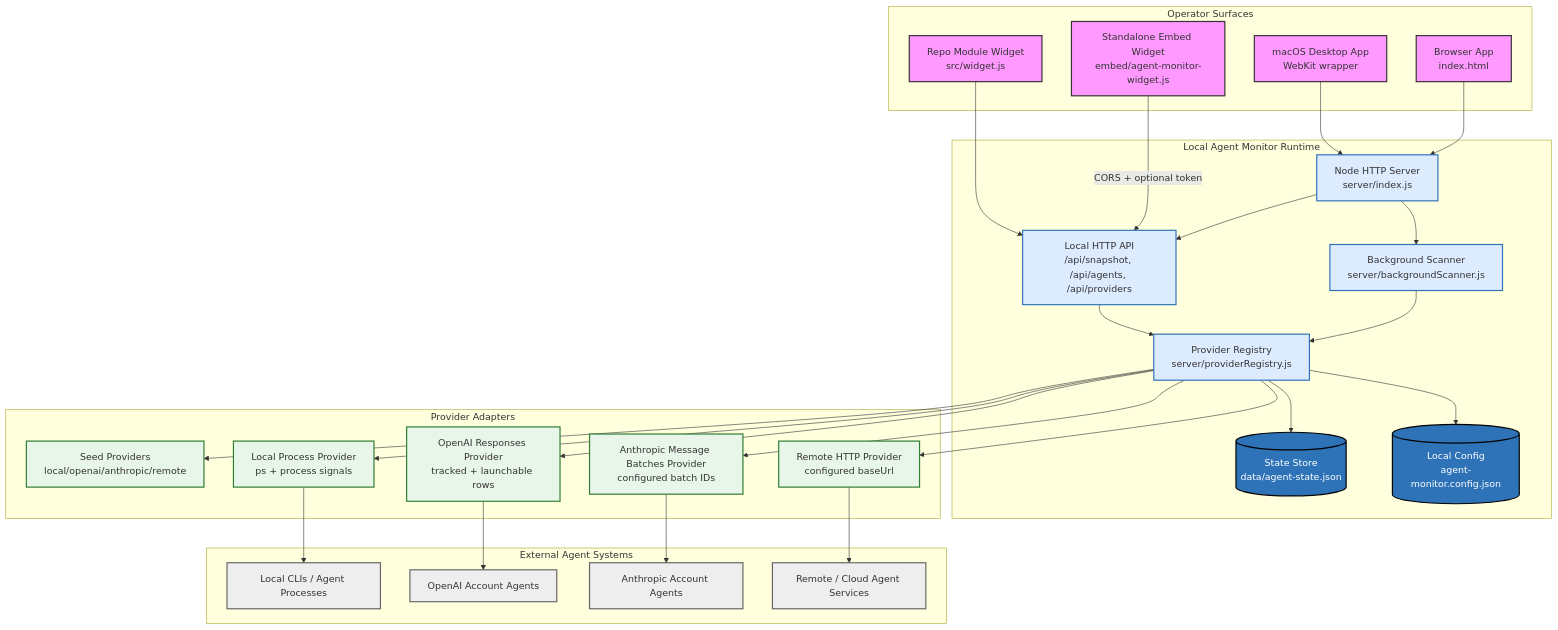
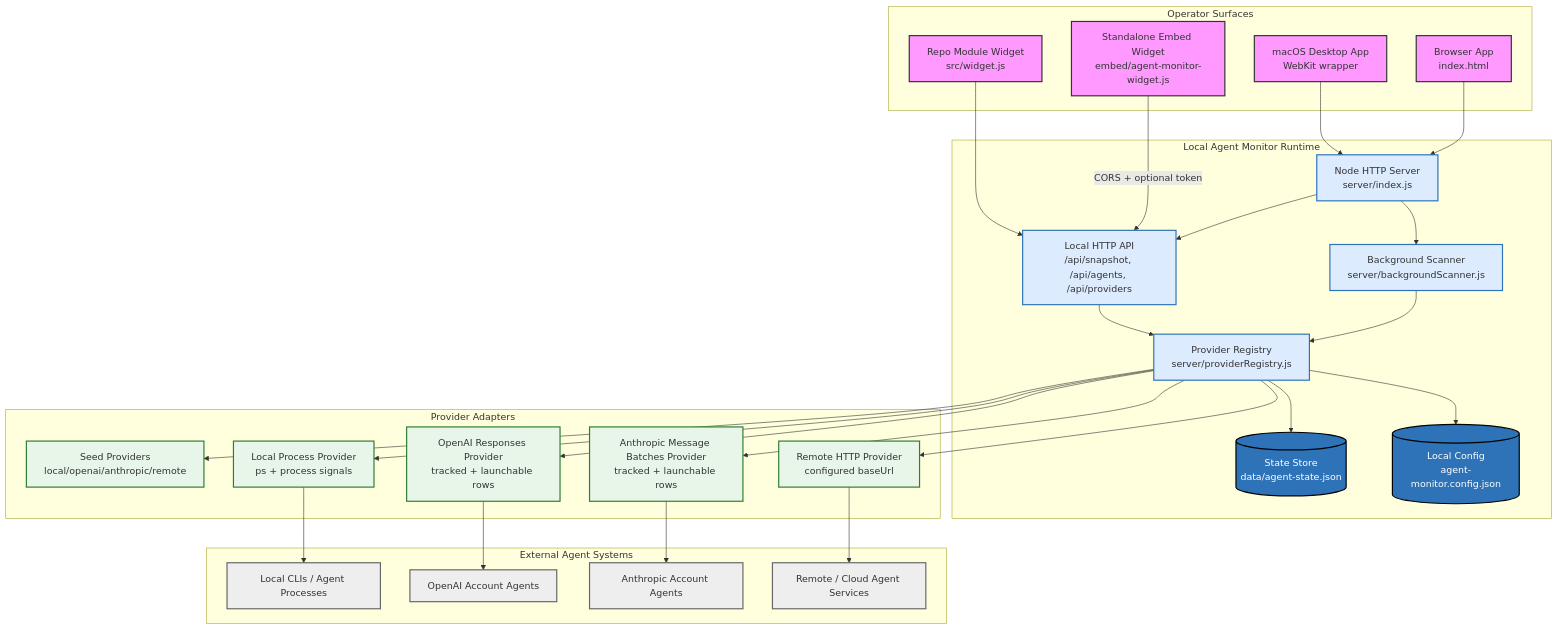
Before and after one commit to NTitterton/agent-monitor: the first of 3 diagrams in project_design.md, drawn with Mermaid. The commit also changed other lines of this file and 7 other files, not shown here.

Commit message:
Add launchable Anthropic batches

````diff
--- a/project_design.md
+++ b/project_design.md
@@ -7,64 +7,64 @@
 ```mermaid
 graph TD
     subgraph "Operator Surfaces"
         Desktop["macOS Desktop App<br/>WebKit wrapper"]
         Browser["Browser App<br/>index.html"]
         ModuleWidget["Repo Module Widget<br/>src/widget.js"]
         StandaloneWidget["Standalone Embed Widget<br/>embed/agent-monitor-widget.js"]
     end
 
     subgraph "Local Agent Monitor Runtime"
         StaticServer["Node HTTP Server<br/>server/index.js"]
         API["Local HTTP API<br/>/api/snapshot, /api/agents, /api/providers"]
         Scanner["Background Scanner<br/>server/backgroundScanner.js"]
         Registry["Provider Registry<br/>server/providerRegistry.js"]
         StateStore[("State Store<br/>data/agent-state.json")]
         Config[("Local Config<br/>agent-monitor.config.json")]
     end
 
     subgraph "Provider Adapters"
         SeedProviders["Seed Providers<br/>local/openai/anthropic/remote"]
         LocalProcess["Local Process Provider<br/>ps + process signals"]
         RemoteHTTP["Remote HTTP Provider<br/>configured baseUrl"]
         OpenAIResponses["OpenAI Responses Provider<br/>tracked + launchable rows"]
-        AnthropicBatches["Anthropic Message Batches Provider<br/>configured batch IDs"]
+        AnthropicBatches["Anthropic Message Batches Provider<br/>tracked + launchable rows"]
     end
 
     subgraph "External Agent Systems"
         LocalAgents["Local CLIs / Agent Processes"]
         OpenAI["OpenAI Account Agents"]
         Anthropic["Anthropic Account Agents"]
         CloudAgents["Remote / Cloud Agent Services"]
     end
 
     Desktop --> StaticServer
     Browser --> StaticServer
     ModuleWidget --> API
     StandaloneWidget -- "CORS + optional token" --> API
     StaticServer --> API
     StaticServer --> Scanner
     API --> Registry
     Scanner --> Registry
     Registry --> StateStore
     Registry --> Config
     Registry --> SeedProviders
     Registry --> LocalProcess
     Registry --> RemoteHTTP
     Registry --> OpenAIResponses
     Registry --> AnthropicBatches
     LocalProcess --> LocalAgents
     RemoteHTTP --> CloudAgents
     OpenAIResponses --> OpenAI
     AnthropicBatches --> Anthropic
 
     classDef surface fill:#f9f,stroke:#333,stroke-width:2px;
     classDef runtime fill:#DDEBFF,stroke:#2E73B8,stroke-width:2px;
     classDef store fill:#2E73B8,stroke:#000,stroke-width:2px,color:#fff;
     classDef provider fill:#E8F5E9,stroke:#2E7D32,stroke-width:2px;
     classDef external fill:#EEE,stroke:#666,stroke-width:2px;
     class Desktop,Browser,ModuleWidget,StandaloneWidget surface;
     class StaticServer,API,Scanner,Registry runtime;
     class StateStore,Config store;
     class SeedProviders,LocalProcess,RemoteHTTP,OpenAIResponses,AnthropicBatches provider;
     class LocalAgents,OpenAI,Anthropic,CloudAgents external;
 ```
````
